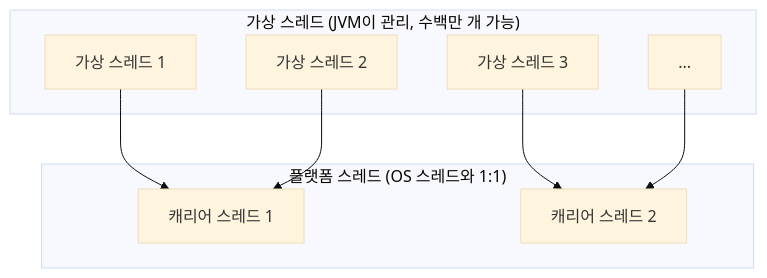
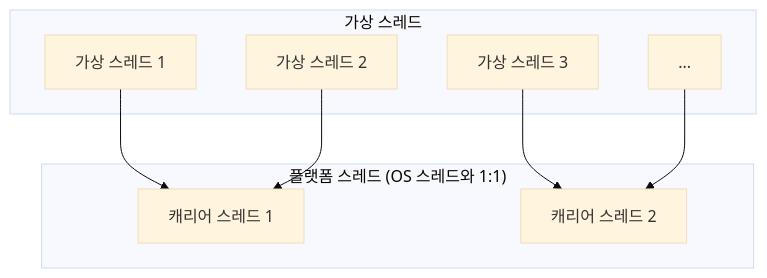
Before and after one commit to K-Diger/k-diger.github.io: the third of 3 diagrams in _posts/2024-03-16-JavaVersioning.md, drawn with Mermaid (base theme). The commit also changed 2 other files, not shown here.

Commit message:
style: 다른 글의 Mermaid subgraph 제목도 줄바꿈 겹침 위험 있는 것 정리
콤마 섞인 긴 subgraph 제목 3건(힙, 가상 스레드, Pod)을 짧게 줄임. 부연
설명은 이미 다이어그램 바로 위 본문 문단에 있어서 정보 손실 없음.

Claude-Session: https://claude.ai/code/session_0196zTgbTy6H6PipE5gguLck

````diff
--- a/_posts/2024-03-16-JavaVersioning.md
+++ b/_posts/2024-03-16-JavaVersioning.md
@@ -1149,17 +1149,17 @@
 ```mermaid
 flowchart TB
     subgraph P["플랫폼 스레드 (OS 스레드와 1:1)"]
         C1["캐리어 스레드 1"]
         C2["캐리어 스레드 2"]
     end
-    subgraph V["가상 스레드 (JVM이 관리, 수백만 개 가능)"]
+    subgraph V["가상 스레드"]
         V1["가상 스레드 1"]
         V2["가상 스레드 2"]
         V3["가상 스레드 3"]
         VN["..."]
     end
     V1 --> C1
     V2 --> C1
     V3 --> C2
     VN --> C2
 ```
````
